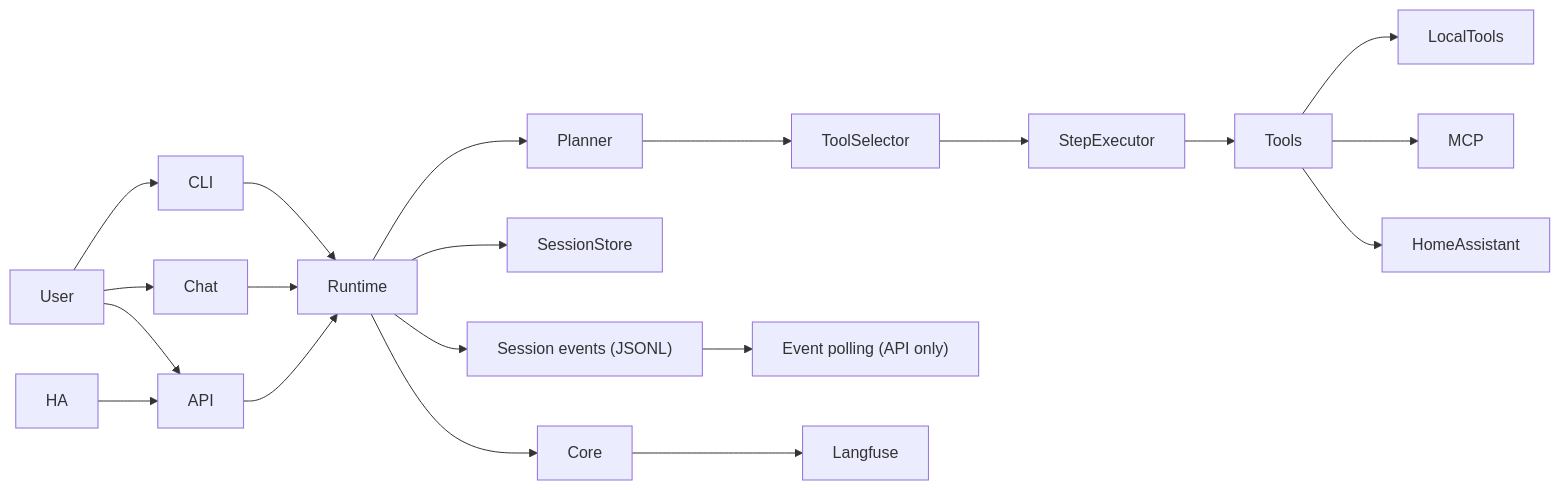
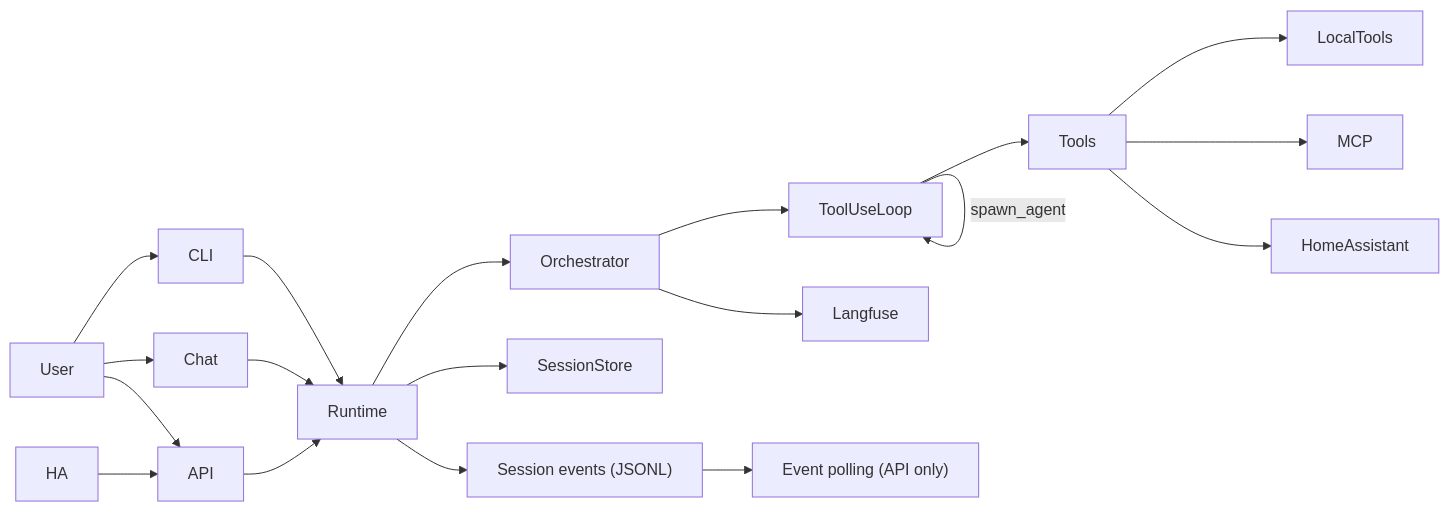
One commit to bearlike/Assistant changed the diagram in docs/index.md. Above: the diagram before and after it, drawn with Mermaid. The commit also changed other lines of this file and 60 other files, not shown here.

Commit message:
✨ feat(core): unified tool-use loop with agent hypervisor

````diff
--- a/docs/index.md
+++ b/docs/index.md
@@ -64,22 +65,21 @@
 ```mermaid
 flowchart LR
   User --> CLI
   User --> Chat
   User --> API
   HA --> API
   CLI --> Runtime
   Chat --> Runtime
   API --> Runtime
-  Runtime --> Core
+  Runtime --> Orchestrator
   Runtime --> SessionStore
-  Runtime --> Planner
-  Planner --> ToolSelector
-  ToolSelector --> StepExecutor
-  StepExecutor --> Tools
+  Orchestrator --> ToolUseLoop
+  ToolUseLoop --> Tools
+  ToolUseLoop -->|"spawn_agent"| ToolUseLoop
   Tools --> LocalTools
   Tools --> MCP
   Tools --> HomeAssistant
   Runtime --> Events["Session events (JSONL)"]
   Events --> Polling["Event polling (API only)"]
-  Core --> Langfuse
+  Orchestrator --> Langfuse
 ```
````
